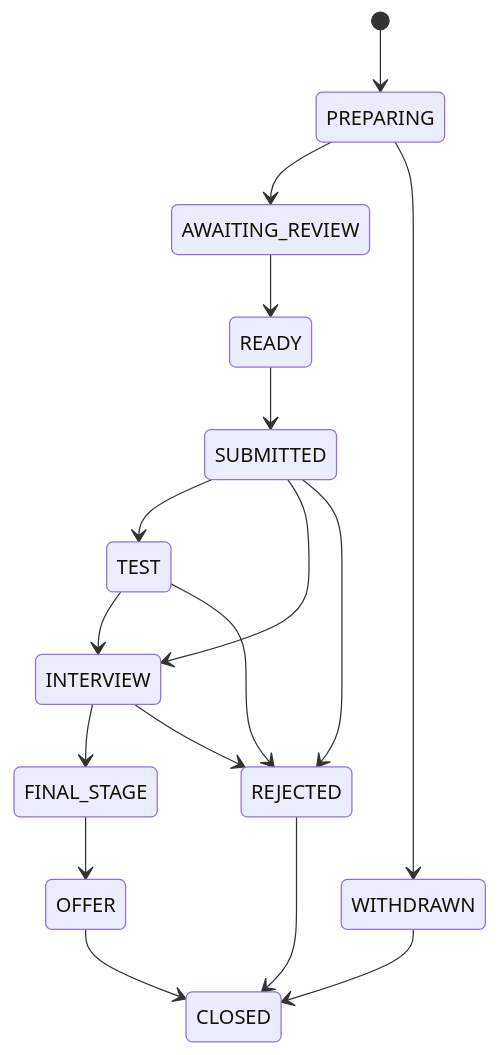
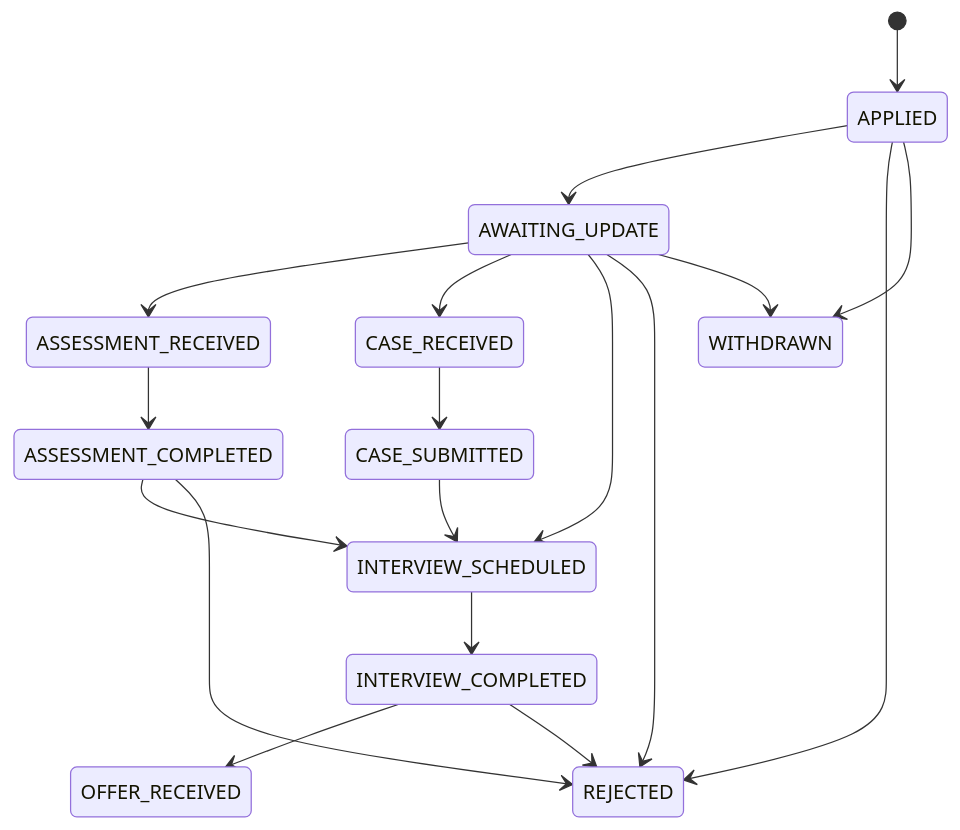
One commit to Islayder/JobSearch changed the fourth of 4 diagrams in docs/state-machine.md. Above: the diagram before and after it, drawn with Mermaid. The commit also changed other lines of this file and 37 other files, not shown here.

````diff
--- a/docs/state-machine.md
+++ b/docs/state-machine.md
@@ -72,19 +93,20 @@
 ```mermaid
 stateDiagram-v2
-    [*] --> PREPARING
-    PREPARING --> AWAITING_REVIEW
-    AWAITING_REVIEW --> READY
-    READY --> SUBMITTED
-    SUBMITTED --> TEST
-    SUBMITTED --> INTERVIEW
-    TEST --> INTERVIEW
-    INTERVIEW --> FINAL_STAGE
-    FINAL_STAGE --> OFFER
-    SUBMITTED --> REJECTED
-    TEST --> REJECTED
-    INTERVIEW --> REJECTED
-    OFFER --> CLOSED
-    REJECTED --> CLOSED
-    PREPARING --> WITHDRAWN
-    WITHDRAWN --> CLOSED
+    [*] --> APPLIED
+    APPLIED --> AWAITING_UPDATE
+    AWAITING_UPDATE --> ASSESSMENT_RECEIVED
+    ASSESSMENT_RECEIVED --> ASSESSMENT_COMPLETED
+    AWAITING_UPDATE --> CASE_RECEIVED
+    CASE_RECEIVED --> CASE_SUBMITTED
+    AWAITING_UPDATE --> INTERVIEW_SCHEDULED
+    CASE_SUBMITTED --> INTERVIEW_SCHEDULED
+    ASSESSMENT_COMPLETED --> INTERVIEW_SCHEDULED
+    INTERVIEW_SCHEDULED --> INTERVIEW_COMPLETED
+    INTERVIEW_COMPLETED --> OFFER_RECEIVED
+    APPLIED --> REJECTED
+    AWAITING_UPDATE --> REJECTED
+    ASSESSMENT_COMPLETED --> REJECTED
+    INTERVIEW_COMPLETED --> REJECTED
+    APPLIED --> WITHDRAWN
+    AWAITING_UPDATE --> WITHDRAWN
 ```
````
